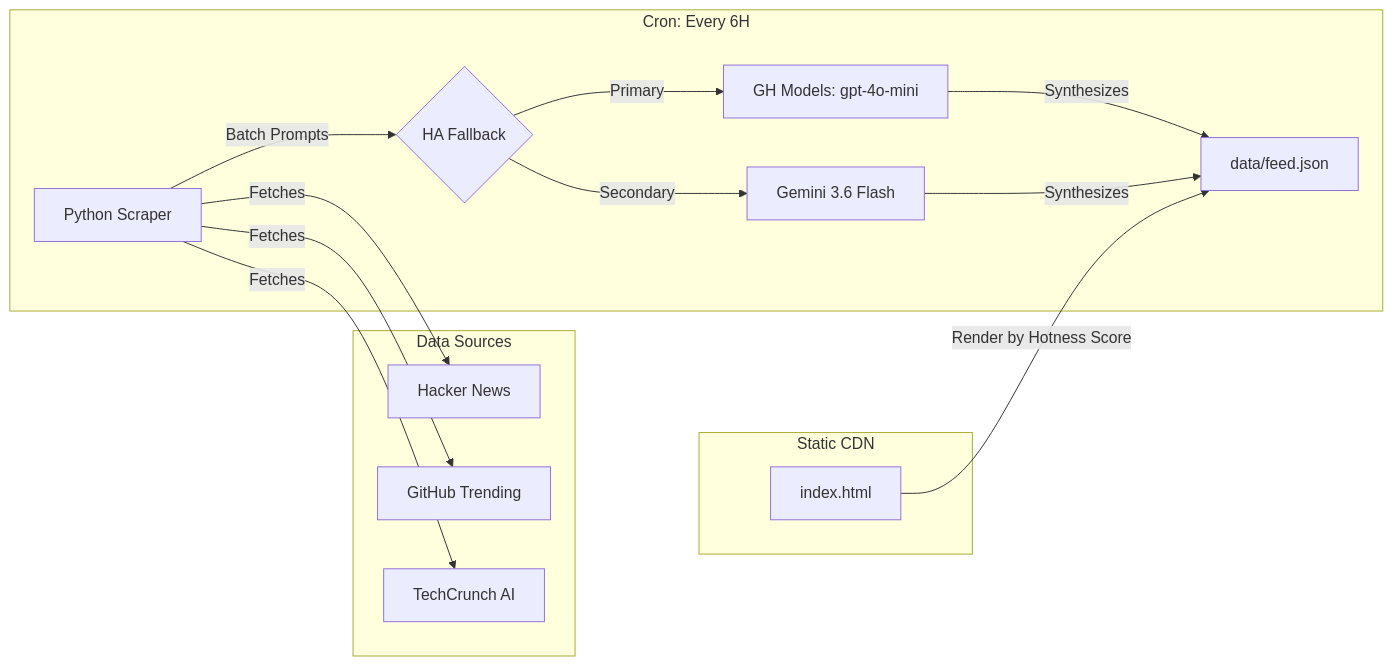
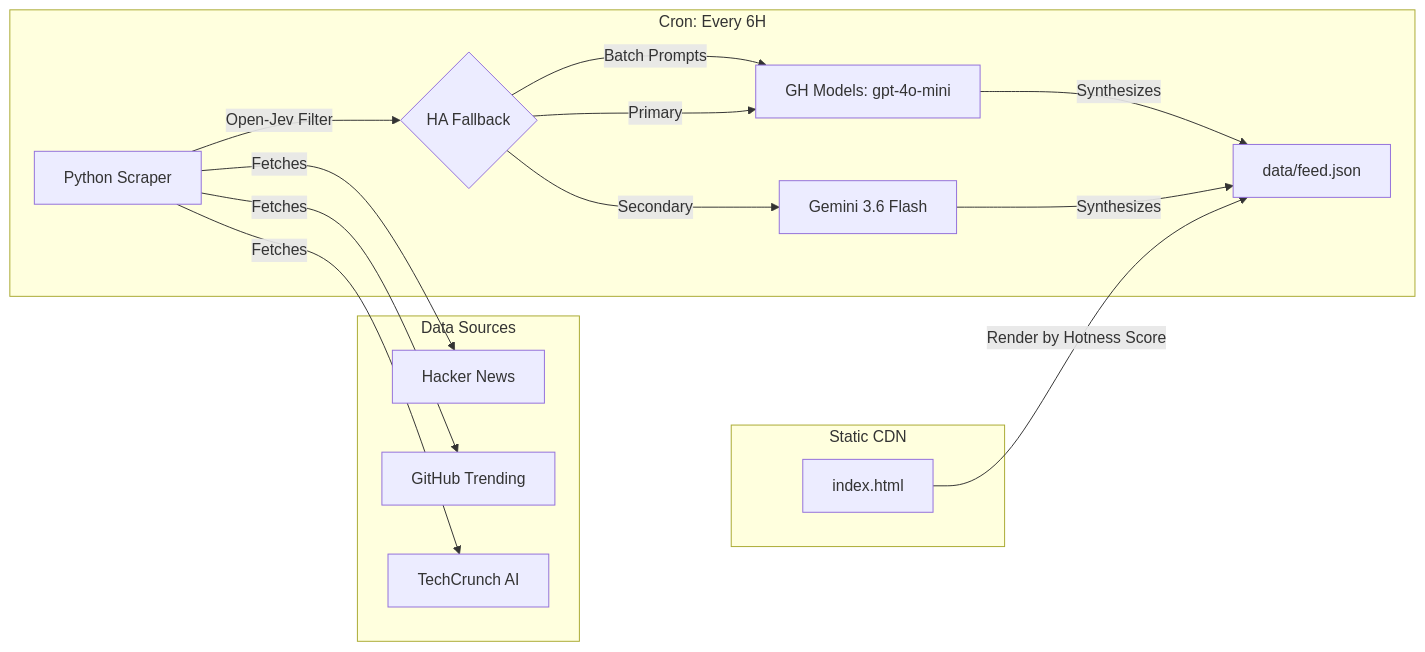
Before and after one commit to bin7335/ai-radar: the diagram in README.md, drawn with Mermaid. The commit also changed other lines of this file and 2 other files, not shown here.

Commit message:
feat: Integrate open-jev for zero-cost AI article filtering

````diff
--- a/README.md
+++ b/README.md
@@ -12,25 +17,26 @@
 ```mermaid
 flowchart LR
     subgraph Data Sources
         HN[Hacker News]
         GH[GitHub Trending]
         TC[TechCrunch AI]
     end
 
     subgraph GitHub Actions [Cron: Every 6H]
         PY[Python Scraper]
         HA{HA Fallback}
         LLM1[GH Models: gpt-4o-mini]
         LLM2[Gemini 3.6 Flash]
         PY -- Fetches --> HN & GH & TC
-        PY -- Batch Prompts --> HA
+        PY -- Open-Jev Filter --> HA
+        HA -- Batch Prompts --> LLM1
         HA -- Primary --> LLM1
         HA -- Secondary --> LLM2
         LLM1 & LLM2 -- Synthesizes --> JSON[data/feed.json]
     end
 
     subgraph GitHub Pages [Static CDN]
         UI[index.html]
         UI -- Render by Hotness Score --> JSON
     end
 ```
````
